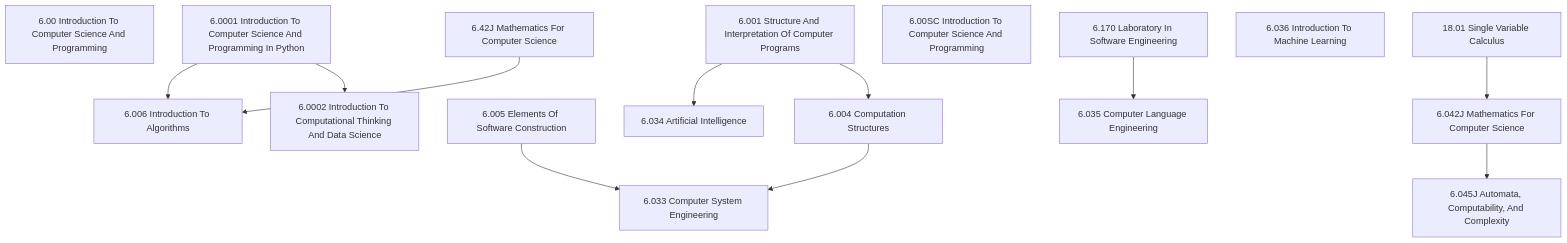
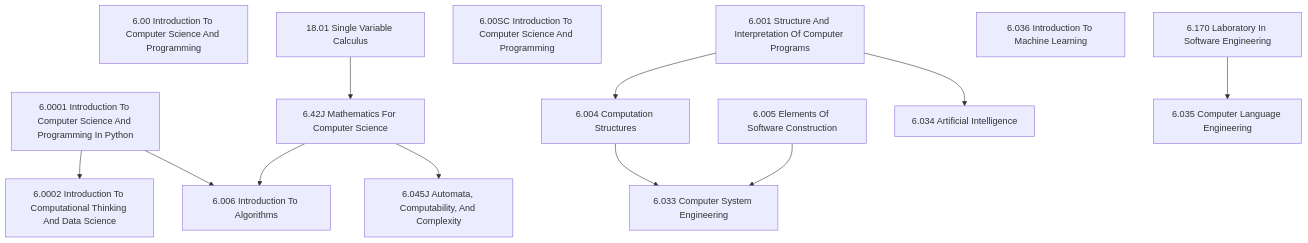
The diagram in readme.md (zaienaji/mit-ocw), drawn with Mermaid before and after one commit.

Commit message:
replace 6.042J with 6.42J

````diff
--- a/readme.md
+++ b/readme.md
@@ -3,17 +3,17 @@
 ```mermaid
   graph TD;
     1[6.00 Introduction To Computer Science And Programming]
     2[6.0001 Introduction To Computer Science And Programming In Python] --> 3[6.0002 Introduction To Computational Thinking And Data Science]
     4[6.001 Structure And Interpretation Of Computer Programs]--> 5[6.004 Computation Structures]
     6[6.005 Elements Of Software Construction]
     2 --> 7[6.006 Introduction To Algorithms]
     8[6.42J Mathematics For Computer Science] --> 7
     9[6.00SC Introduction To Computer Science And Programming]
     5 --> 10[6.033 Computer System Engineering]
     6 --> 10
     4 --> 11[6.034 Artificial Intelligence]
     13[6.170 Laboratory In Software Engineering] --> 12[6.035 Computer Language Engineering]
     14[6.036 Introduction To Machine Learning]
-    16[18.01 Single Variable Calculus] --> 15[6.042J Mathematics For Computer Science]
-    15 --> 17[6.045J Automata, Computability, And Complexity]
+    16[18.01 Single Variable Calculus] --> 8
+    8 --> 17[6.045J Automata, Computability, And Complexity]
 ```
````
